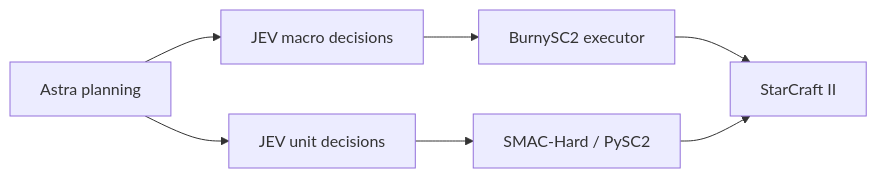
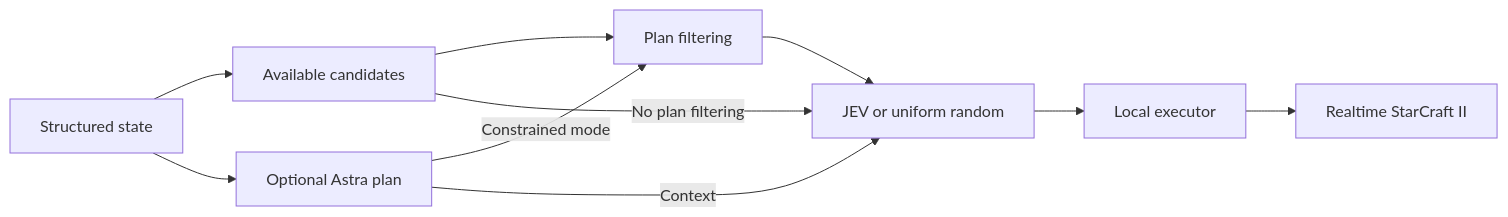
The second of 2 diagrams in README.md (histmeisah/Jev_Star), drawn with Mermaid before and after one commit. The commit also changed other lines of this file and 85 other files, not shown here.

First line of the commit message:
Publish five macro configurations and realtime Lv7 evaluation

````diff
--- a/README.md
+++ b/README.md
@@ -143,9 +160,12 @@
 ```mermaid
 flowchart LR
-    A[Astra planning] --> M[JEV macro decisions]
-    A --> U[JEV unit decisions]
-    M --> B[BurnySC2 executor]
-    U --> P[SMAC-Hard / PySC2]
-    B --> G[StarCraft II]
-    P --> G
+    S[Structured state] --> C[Available candidates]
+    S --> A[Optional Astra plan]
+    A -->|Constrained mode| F[Plan filtering]
+    C --> F
+    F --> D[JEV or uniform random]
+    C -->|No plan filtering| D
+    A -->|Context| D
+    D --> E[Local executor]
+    E --> G[Realtime StarCraft II]
 ```
````
